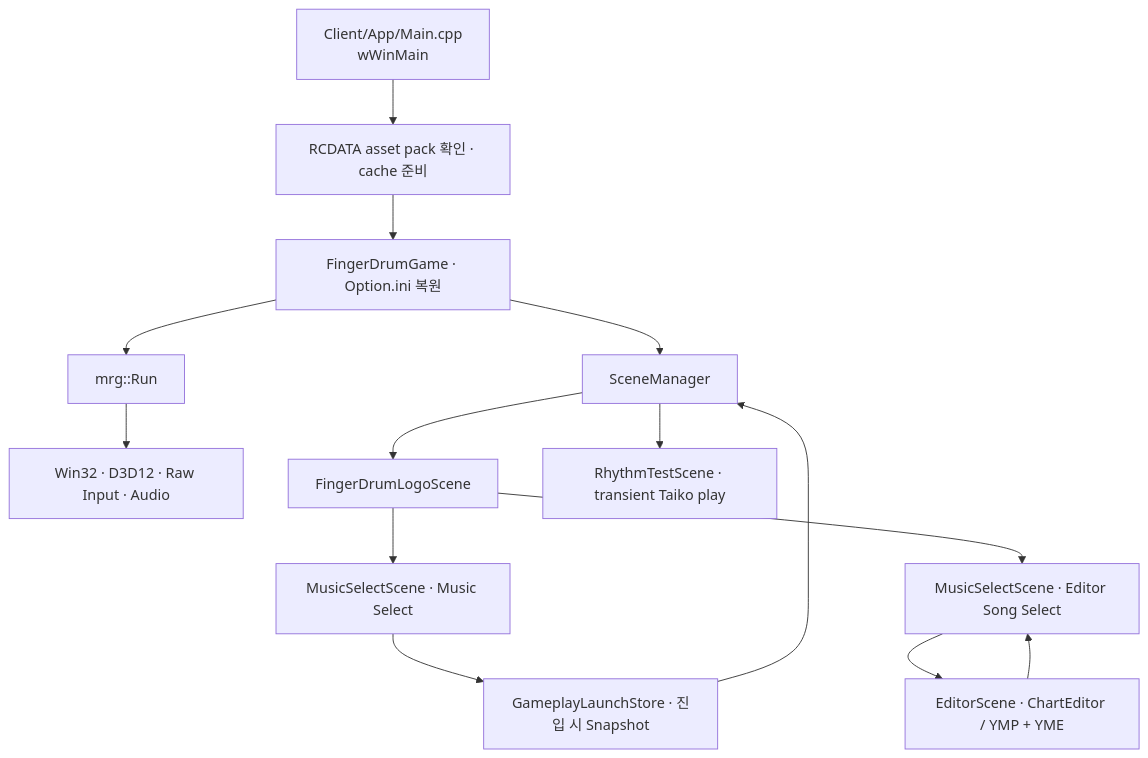
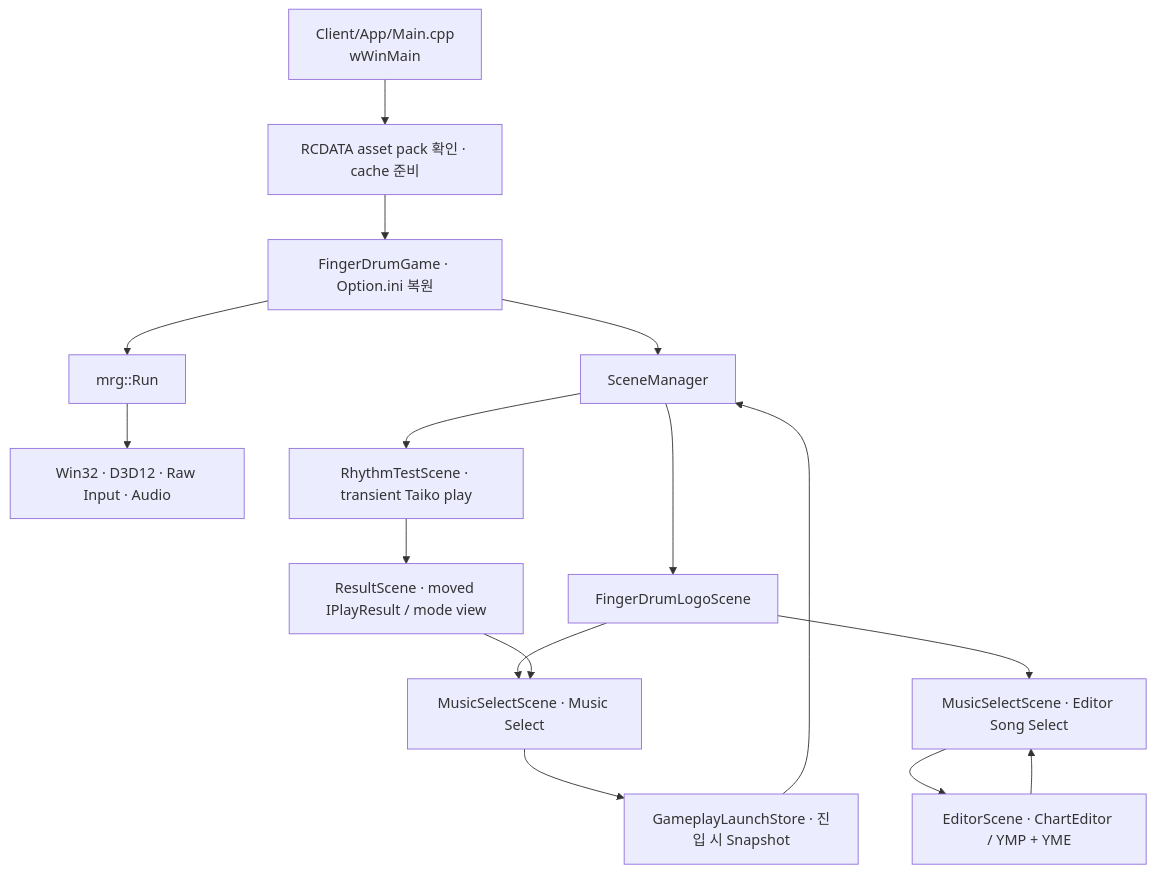
The diagram in Docs/ExecutionFlow.md (4dblackhole/MyRhythmGame-Client), drawn with Mermaid before and after one commit. The commit also changed other lines of this file and 57 other files, not shown here.

````diff
--- a/Docs/ExecutionFlow.md
+++ b/Docs/ExecutionFlow.md
@@ -6,16 +6,18 @@
 ```mermaid
 flowchart TD
     Entry["Client/App/Main.cpp\nwWinMain"] --> Assets["RCDATA asset pack 확인 · cache 준비"]
     Assets --> Game["FingerDrumGame · Option.ini 복원"]
     Game --> Run["mrg::Run"]
     Run --> Systems["Win32 · D3D12 · Raw Input · Audio"]
     Game --> Manager["SceneManager"]
     Manager --> Logo["FingerDrumLogoScene"]
     Logo --> Lobby["MusicSelectScene · Music Select"]
     Logo --> EditorSelect["MusicSelectScene · Editor Song Select"]
     EditorSelect --> Editor["EditorScene · ChartEditor / YMP + YME"]
     Editor --> EditorSelect
     Lobby --> Request["GameplayLaunchStore · 진입 시 Snapshot"]
     Request --> Manager
     Manager --> Test["RhythmTestScene · transient Taiko play"]
+    Test --> Result["ResultScene · moved IPlayResult / mode view"]
+    Result --> Lobby
 ```
````
